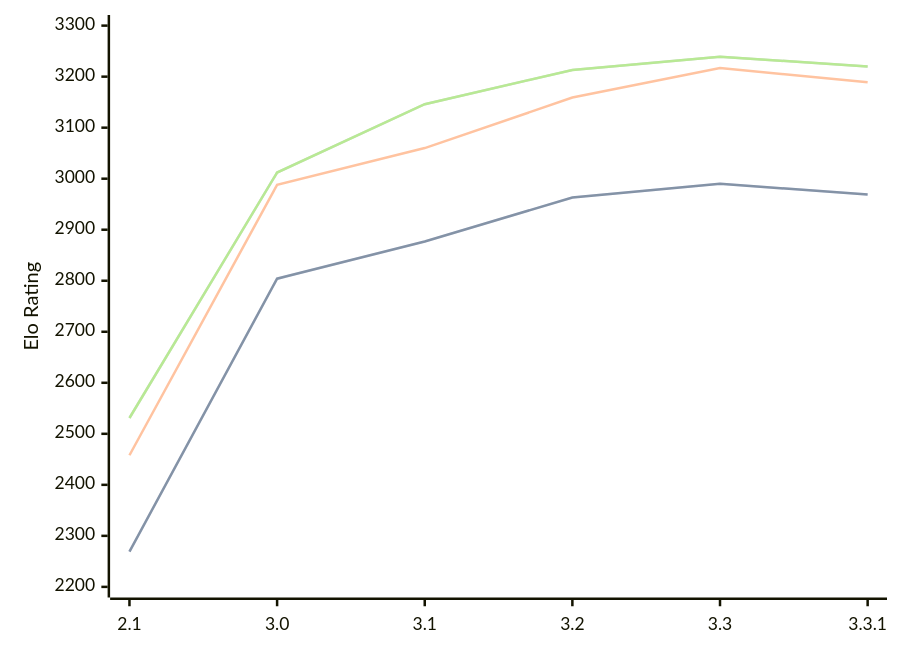
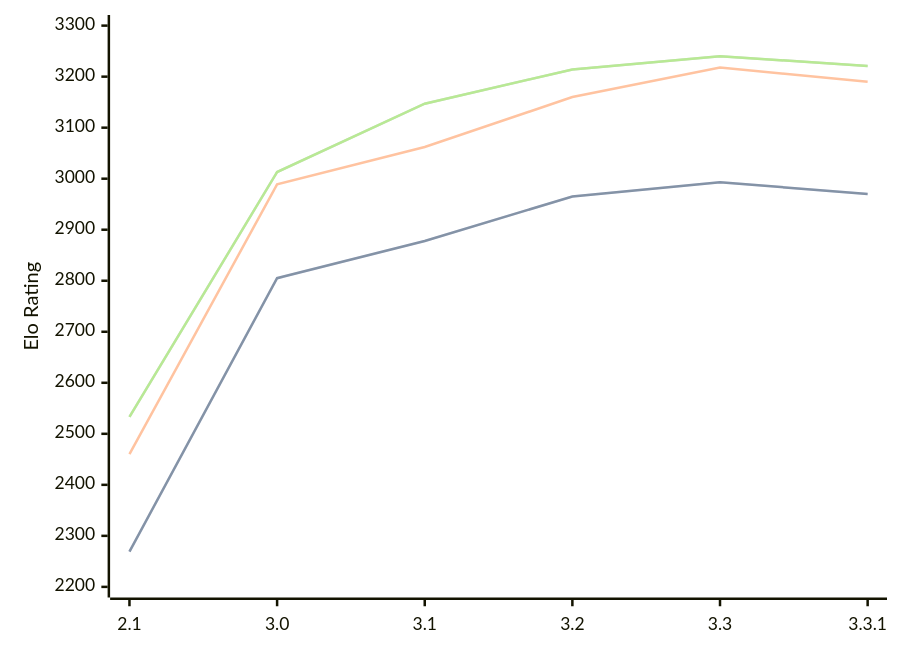
The diagram in engines/Petrel.md (computer-chess-index/cci), drawn with Mermaid before and after one commit. The commit also changed other lines of this file, not shown here.

Commit message:
Update CCI Ratings (ELO VLTC) - 2026-05-06

````diff
--- a/engines/Petrel.md
+++ b/engines/Petrel.md
@@ -45,11 +45,11 @@
 ```mermaid
 %%{init: {"theme":"base","themeVariables":{"seriesColors:['#a3a3a3','#222221','#faa371']}}}%%
 xychart-beta
   x-axis ["2.1", "3.0", "3.1", "3.2", "3.3", "3.3.1"]
   y-axis "Elo Rating" 2200 --> 3300
-  line "STC (8.0+0.08s)" [2269, 2804, 2877, 2963, 2990, 2969]
-  line "STC (8.0+0.08s)" [2269, 2804, 2877, 2963, 2990, 2969]
-  line "LTC (60.0+0.60s)" [2458, 2988, 3060, 3159, 3217, 3189]
-  line "VLTC (2m24s+1.12s)" [2531, 3012, 3146, 3213, 3239, 3220]
-  line "VLTC (2m24s+1.12s)" [2531, 3012, 3146, 3213, 3239, 3220]
+  line "STC (8.0+0.08s)" [2269, 2805, 2878, 2965, 2993, 2970]
+  line "STC (8.0+0.08s)" [2269, 2805, 2878, 2965, 2993, 2970]
+  line "LTC (60.0+0.60s)" [2460, 2989, 3062, 3160, 3218, 3190]
+  line "VLTC (2m24s+1.12s)" [2533, 3013, 3147, 3214, 3240, 3221]
+  line "VLTC (2m24s+1.12s)" [2533, 3013, 3147, 3214, 3240, 3221]
 ```
````
